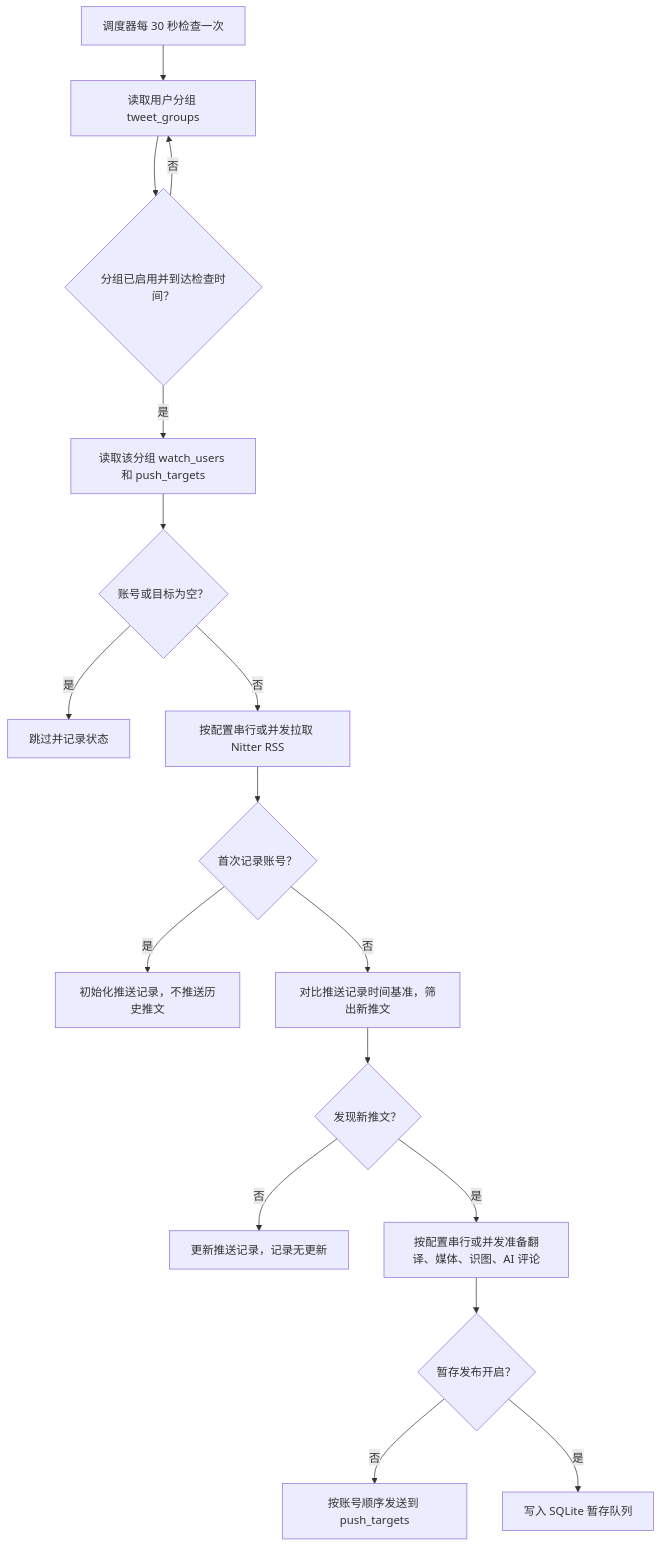
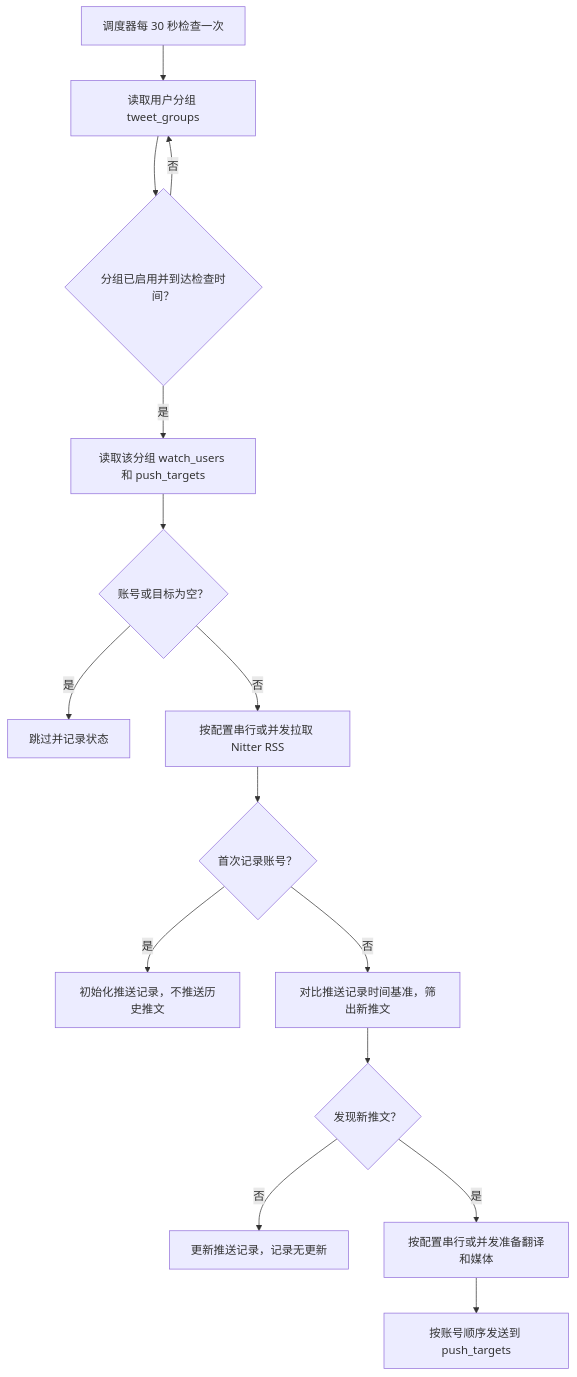
Before and after one commit to shitianyaa/astrbot_plugin_nitter_tweets: the first of 3 diagrams in docs/advanced.md, drawn with Mermaid. The commit also changed other lines of this file and 32 other files, not shown here.

````diff
--- a/docs/advanced.md
+++ b/docs/advanced.md
@@ -24,19 +24,17 @@
 ```mermaid
 flowchart TD
     A["调度器每 30 秒检查一次"] --> B["读取用户分组 tweet_groups"]
     B --> C{"分组已启用并到达检查时间？"}
     C -->|否| B
     C -->|是| D["读取该分组 watch_users 和 push_targets"]
     D --> E{"账号或目标为空？"}
     E -->|是| F["跳过并记录状态"]
     E -->|否| G["按配置串行或并发拉取 Nitter RSS"]
     G --> H{"首次记录账号？"}
     H -->|是| I["初始化推送记录，不推送历史推文"]
     H -->|否| J["对比推送记录时间基准，筛出新推文"]
     J --> K{"发现新推文？"}
     K -->|否| L["更新推送记录，记录无更新"]
-    K -->|是| M["按配置串行或并发准备翻译、媒体、识图、AI 评论"]
-    M --> N{"暂存发布开启？"}
-    N -->|否| O["按账号顺序发送到 push_targets"]
-    N -->|是| P["写入 SQLite 暂存队列"]
+    K -->|是| M["按配置串行或并发准备翻译和媒体"]
+    M --> O["按账号顺序发送到 push_targets"]
 ```
````
